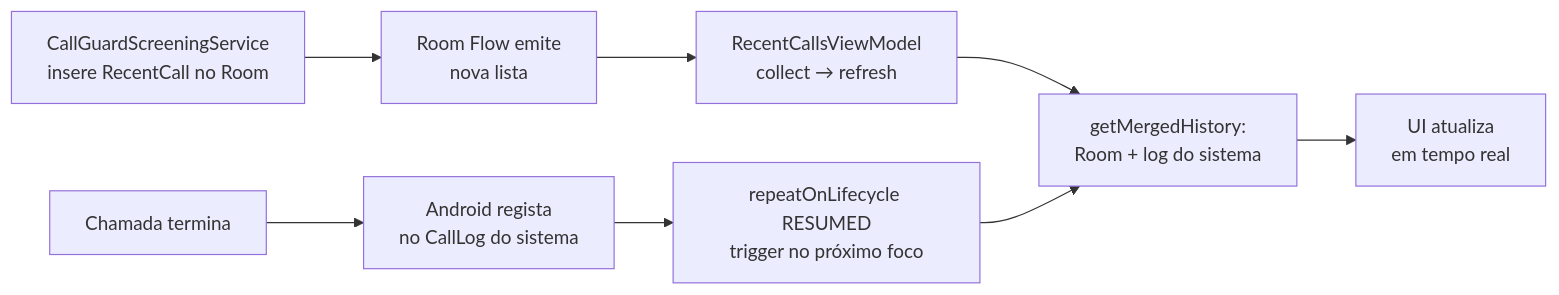
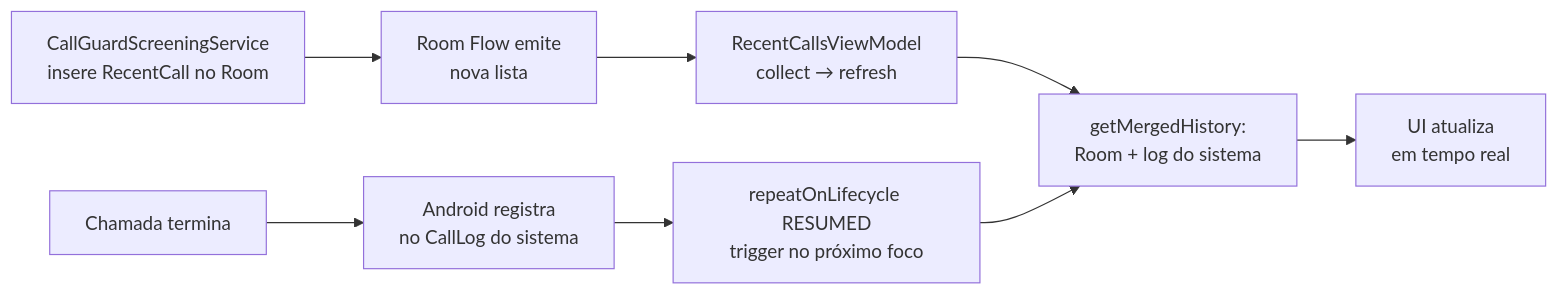
The second of 3 diagrams in ARCHITECTURE.md (acdcmaia/call-guard), drawn with Mermaid before and after one commit. The commit also changed other lines of this file and 13 other files, not shown here.

````diff
--- a/ARCHITECTURE.md
+++ b/ARCHITECTURE.md
@@ -141,11 +168,11 @@
 ```mermaid
 flowchart LR
     A[CallGuardScreeningService\ninsere RecentCall no Room] --> B[Room Flow emite\nnova lista]
     B --> C[RecentCallsViewModel\ncollect → refresh]
     C --> D[getMergedHistory:\nRoom + log do sistema]
     D --> E[UI atualiza\nem tempo real]
 
-    F[Chamada termina] --> G[Android regista\nno CallLog do sistema]
+    F[Chamada termina] --> G[Android registra\nno CallLog do sistema]
     G --> H[repeatOnLifecycle RESUMED\ntrigger no próximo foco]
     H --> D
 ```
````
